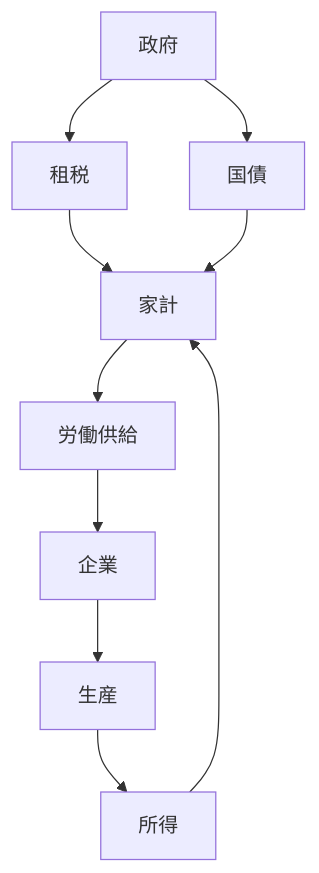
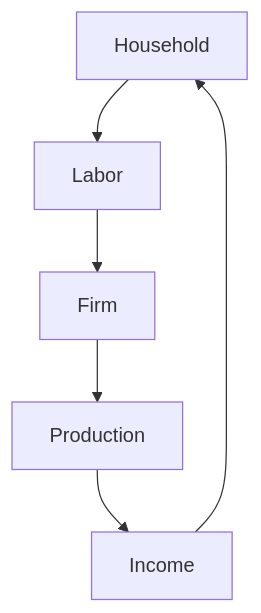
The diagram in _posts/2026-05-24-mermaid-test.md (tokyo-worker/tokyo-worker.github.io), drawn with Mermaid before and after one commit.

```diff
--- a/_posts/2026-05-24-mermaid-test.md
+++ b/_posts/2026-05-24-mermaid-test.md
@@ -10,12 +10,8 @@
 <div class="mermaid">
 graph TD
-A[家計] --> B[労働供給]
-B --> C[企業]
-C --> D[生産]
-D --> E[所得]
+A[Household] --> B[Labor]
+B --> C[Firm]
+C --> D[Production]
+D --> E[Income]
 E --> A
-G[政府] --> T[租税]
-T --> A
-G --> Bond[国債]
-Bond --> A
 </div>
```
